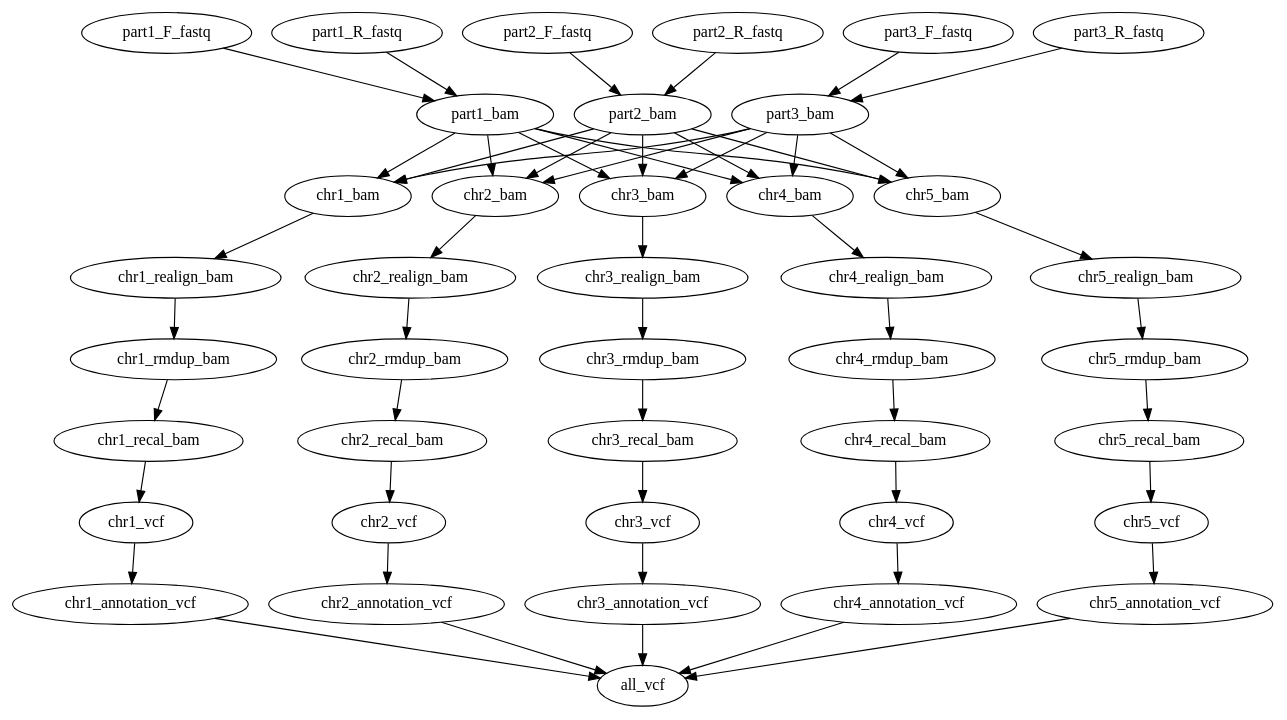
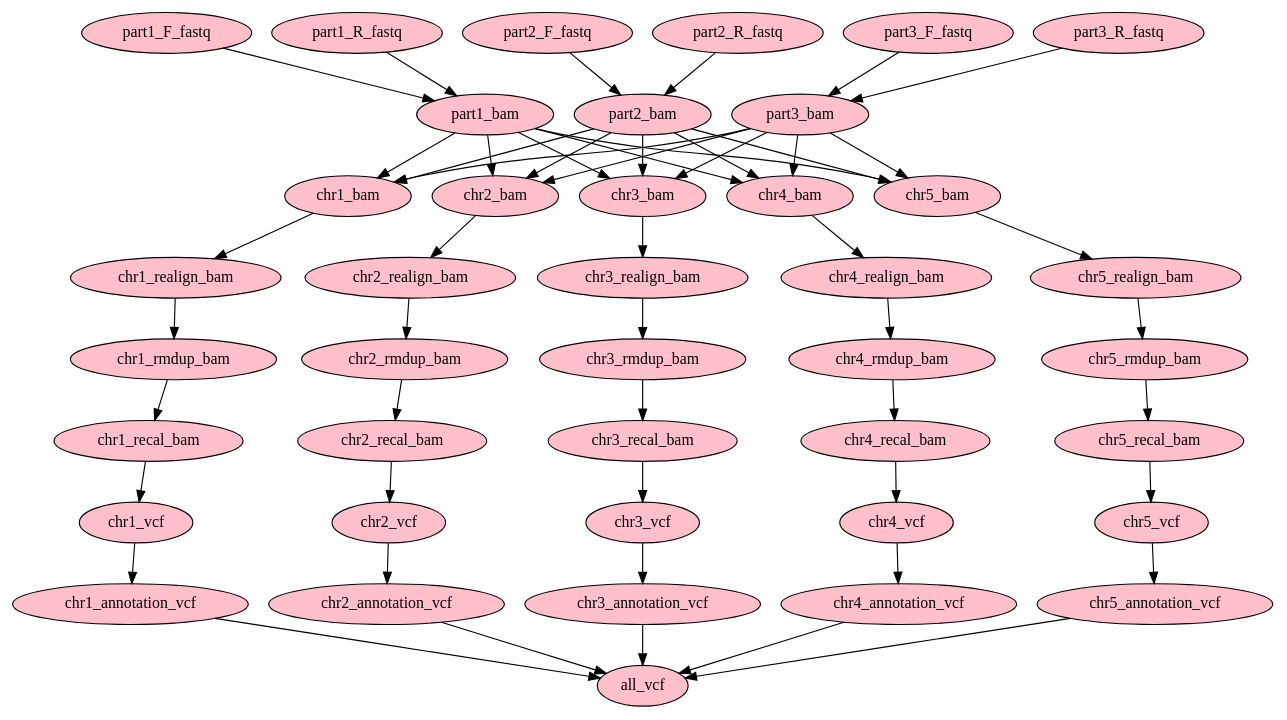
The diagram in doc/workflow03.dot (lindenb/xml4ngs), drawn with Graphviz before and after one commit. The commit also changed 4 other files, not shown here.

```diff
--- a/doc/workflow03.dot
+++ b/doc/workflow03.dot
@@ -1,44 +1,45 @@
 digraph G{
+node[fillcolor=pink,style=filled]; 
 
 part1_F_fastq -> part1_bam;
 part1_R_fastq -> part1_bam;
 part2_F_fastq -> part2_bam;
 part2_R_fastq -> part2_bam;
 part3_F_fastq -> part3_bam;
 part3_R_fastq -> part3_bam;
 
 
 part1_bam -> chr1_bam ; 
 part1_bam -> chr2_bam ; 
 part1_bam -> chr3_bam ; 
 part1_bam -> chr4_bam ; 
 part1_bam -> chr5_bam ; 
 
 part2_bam -> chr1_bam ; 
 part2_bam -> chr2_bam ; 
 part2_bam -> chr3_bam ; 
 part2_bam -> chr4_bam ; 
 part2_bam -> chr5_bam ; 
 
 part3_bam -> chr1_bam ; 
 part3_bam -> chr2_bam ; 
 part3_bam -> chr3_bam ; 
 part3_bam -> chr4_bam ; 
 part3_bam -> chr5_bam ; 
 
 
 
 chr1_bam -> chr1_realign_bam ->  chr1_rmdup_bam -> chr1_recal_bam -> chr1_vcf -> chr1_annotation_vcf;
 chr2_bam -> chr2_realign_bam ->  chr2_rmdup_bam -> chr2_recal_bam -> chr2_vcf -> chr2_annotation_vcf;
 chr3_bam -> chr3_realign_bam ->  chr3_rmdup_bam -> chr3_recal_bam -> chr3_vcf -> chr3_annotation_vcf;
 chr4_bam -> chr4_realign_bam ->  chr4_rmdup_bam -> chr4_recal_bam -> chr4_vcf -> chr4_annotation_vcf;
 chr5_bam -> chr5_realign_bam ->  chr5_rmdup_bam -> chr5_recal_bam -> chr5_vcf -> chr5_annotation_vcf;
 
 
 chr1_annotation_vcf -> all_vcf ;
 chr2_annotation_vcf -> all_vcf ;
 chr3_annotation_vcf -> all_vcf ;
 chr4_annotation_vcf -> all_vcf ;
 chr5_annotation_vcf -> all_vcf ;
 
 }
```
